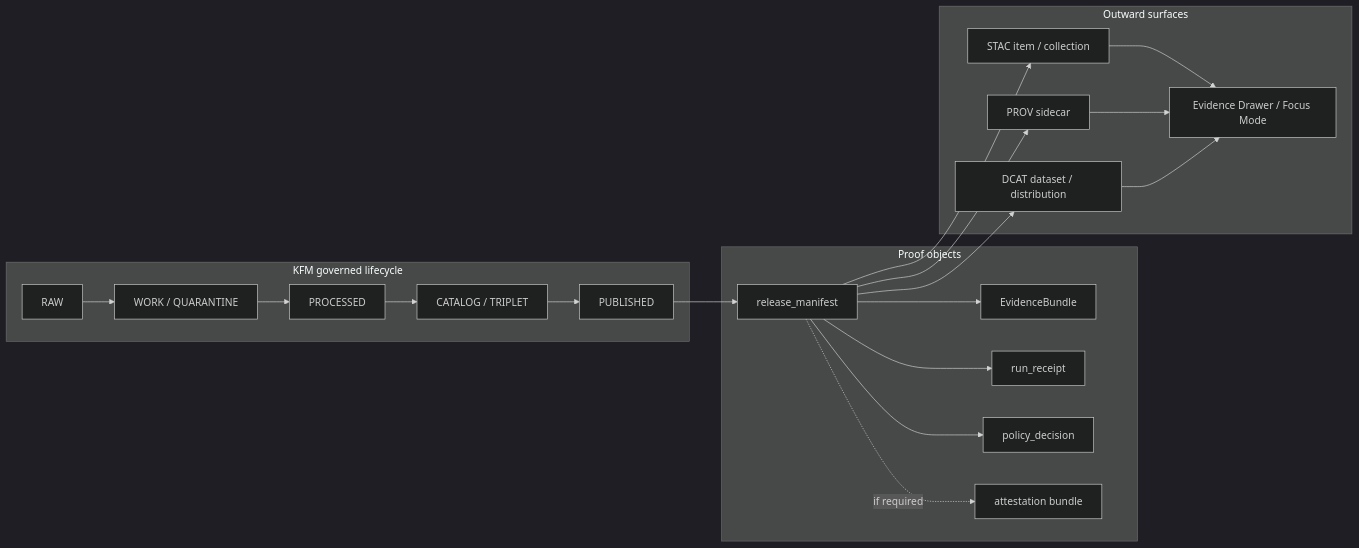
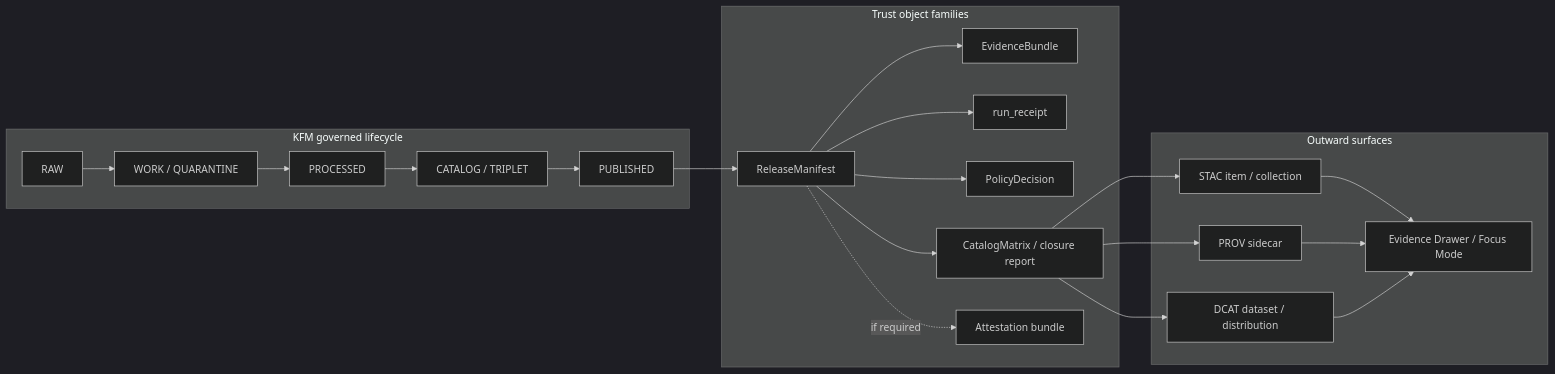
Before and after one commit to bartytime4life/Kansas-Frontier-Matrix: the diagram in docs/architecture/provenance_catalog_mapping.md, drawn with Mermaid (dark theme). The commit also changed other lines of this file, not shown here.

````diff
--- a/docs/architecture/provenance_catalog_mapping.md
+++ b/docs/architecture/provenance_catalog_mapping.md
@@ -153,36 +184,38 @@
 ```mermaid
 flowchart LR
   subgraph Lifecycle["KFM governed lifecycle"]
     RAW[RAW] --> WORK[WORK / QUARANTINE]
     WORK --> PROCESSED[PROCESSED]
     PROCESSED --> CATALOG[CATALOG / TRIPLET]
     CATALOG --> PUBLISHED[PUBLISHED]
   end
 
-  subgraph Proof["Proof objects"]
+  subgraph Proof["Trust object families"]
     EB[EvidenceBundle]
     RR[run_receipt]
-    RM[release_manifest]
-    PD[policy_decision]
-    AR[attestation bundle]
+    PD[PolicyDecision]
+    RM[ReleaseManifest]
+    CM[CatalogMatrix / closure report]
+    AT[Attestation bundle]
   end
 
   subgraph Outward["Outward surfaces"]
     PROV[PROV sidecar]
     STAC[STAC item / collection]
     DCAT[DCAT dataset / distribution]
     UI[Evidence Drawer / Focus Mode]
   end
 
   PUBLISHED --> RM
   RM --> EB
   RM --> RR
   RM --> PD
-  RM -. if required .-> AR
-  RM --> PROV
-  RM --> STAC
-  RM --> DCAT
+  RM --> CM
+  RM -. if required .-> AT
+  CM --> PROV
+  CM --> STAC
+  CM --> DCAT
   STAC --> UI
   PROV --> UI
   DCAT --> UI
 ```
````
